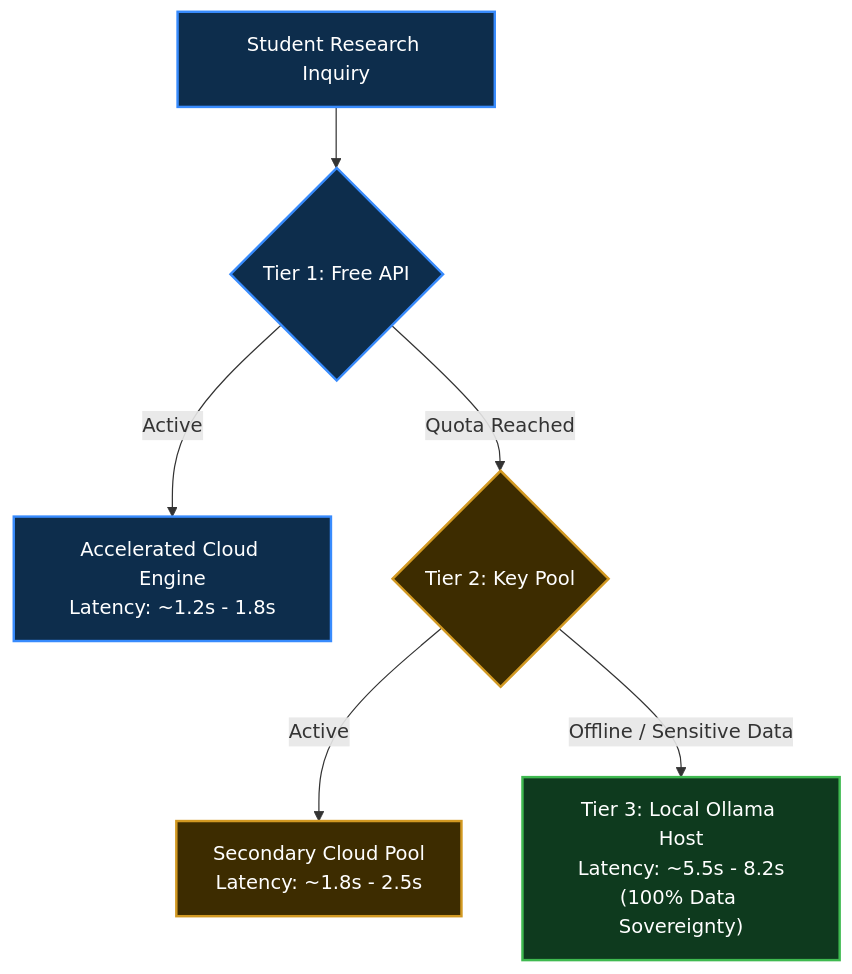
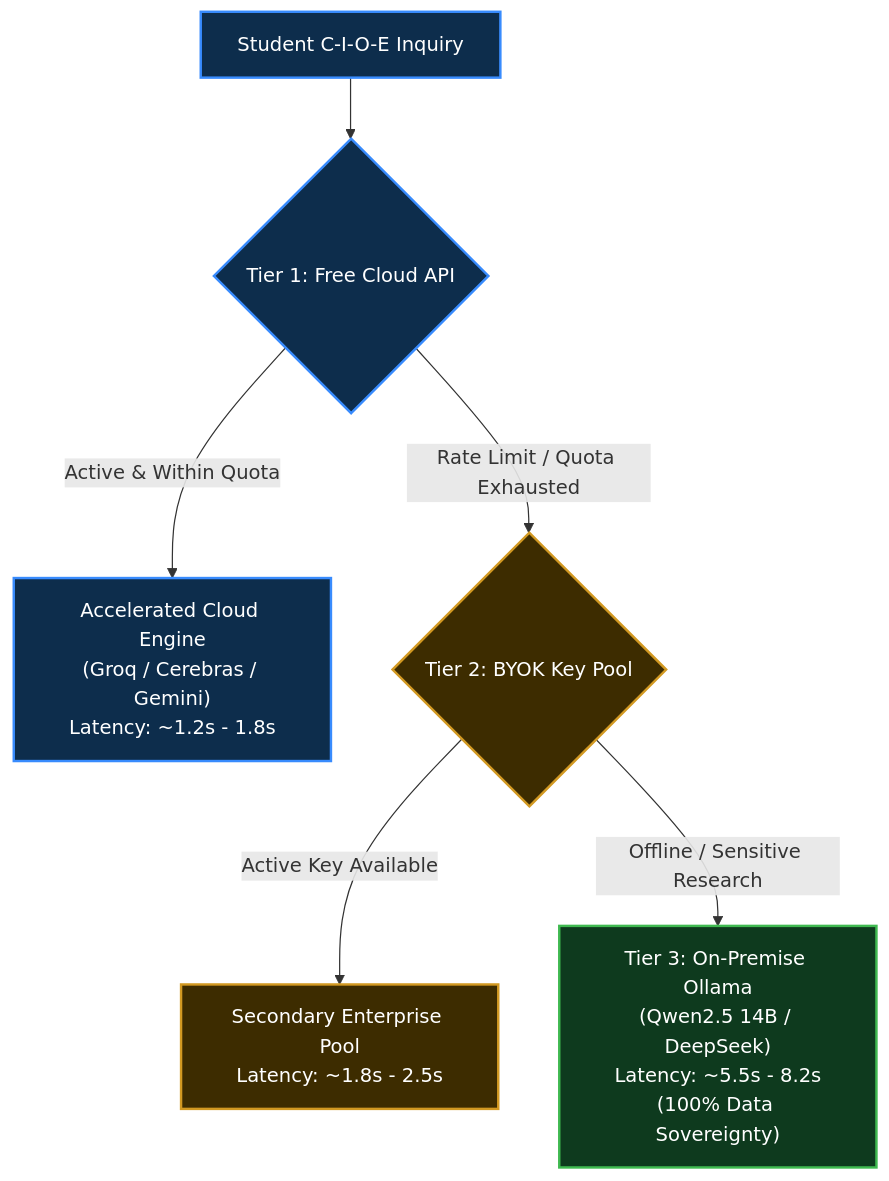
One commit to 06202003/s-sparc changed the fourth of 6 diagrams in docs/S_SPARC_COMPREHENSIVE_WHITEPAPER.md. Above: the diagram before and after it, drawn with Mermaid. The commit also changed other lines of this file and 4 other files, not shown here.

````diff
--- a/docs/S_SPARC_COMPREHENSIVE_WHITEPAPER.md
+++ b/docs/S_SPARC_COMPREHENSIVE_WHITEPAPER.md
@@ -193,12 +267,12 @@
 ```mermaid
 flowchart TD
-    classDef tier1 fill:#0d2d4c,stroke:#388bfd,stroke-width:2px,color:#ffffff;
-    classDef tier2 fill:#3d2c00,stroke:#d29922,stroke-width:2px,color:#ffffff;
-    classDef tier3 fill:#0e3a1e,stroke:#3fb950,stroke-width:2px,color:#ffffff;
+    classDef t1 fill:#0d2d4c,stroke:#388bfd,stroke-width:2px,color:#ffffff;
+    classDef t2 fill:#3d2c00,stroke:#d29922,stroke-width:2px,color:#ffffff;
+    classDef t3 fill:#0e3a1e,stroke:#3fb950,stroke-width:2px,color:#ffffff;
 
-    Q["Student Research Inquiry"]:::tier1 --> T1{"Tier 1: Free API"}:::tier1
-    T1 -- "Active" --> R1["Accelerated Cloud Engine<br/>Latency: ~1.2s - 1.8s"]:::tier1
-    T1 -- "Quota Reached" --> T2{"Tier 2: Key Pool"}:::tier2
-    T2 -- "Active" --> R2["Secondary Cloud Pool<br/>Latency: ~1.8s - 2.5s"]:::tier2
-    T2 -- "Offline / Sensitive Data" --> T3["Tier 3: Local Ollama Host<br/>Latency: ~5.5s - 8.2s<br/>(100% Data Sovereignty)"]:::tier3
+    Q["Student C-I-O-E Inquiry"]:::t1 --> T1{"Tier 1: Free Cloud API"}:::t1
+    T1 -- "Active & Within Quota" --> R1["Accelerated Cloud Engine<br/>(Groq / Cerebras / Gemini)<br/>Latency: ~1.2s - 1.8s"]:::t1
+    T1 -- "Rate Limit / Quota Exhausted" --> T2{"Tier 2: BYOK Key Pool"}:::t2
+    T2 -- "Active Key Available" --> R2["Secondary Enterprise Pool<br/>Latency: ~1.8s - 2.5s"]:::t2
+    T2 -- "Offline / Sensitive Research" --> T3["Tier 3: On-Premise Ollama<br/>(Qwen2.5 14B / DeepSeek)<br/>Latency: ~5.5s - 8.2s<br/>(100% Data Sovereignty)"]:::t3
 ```
````
